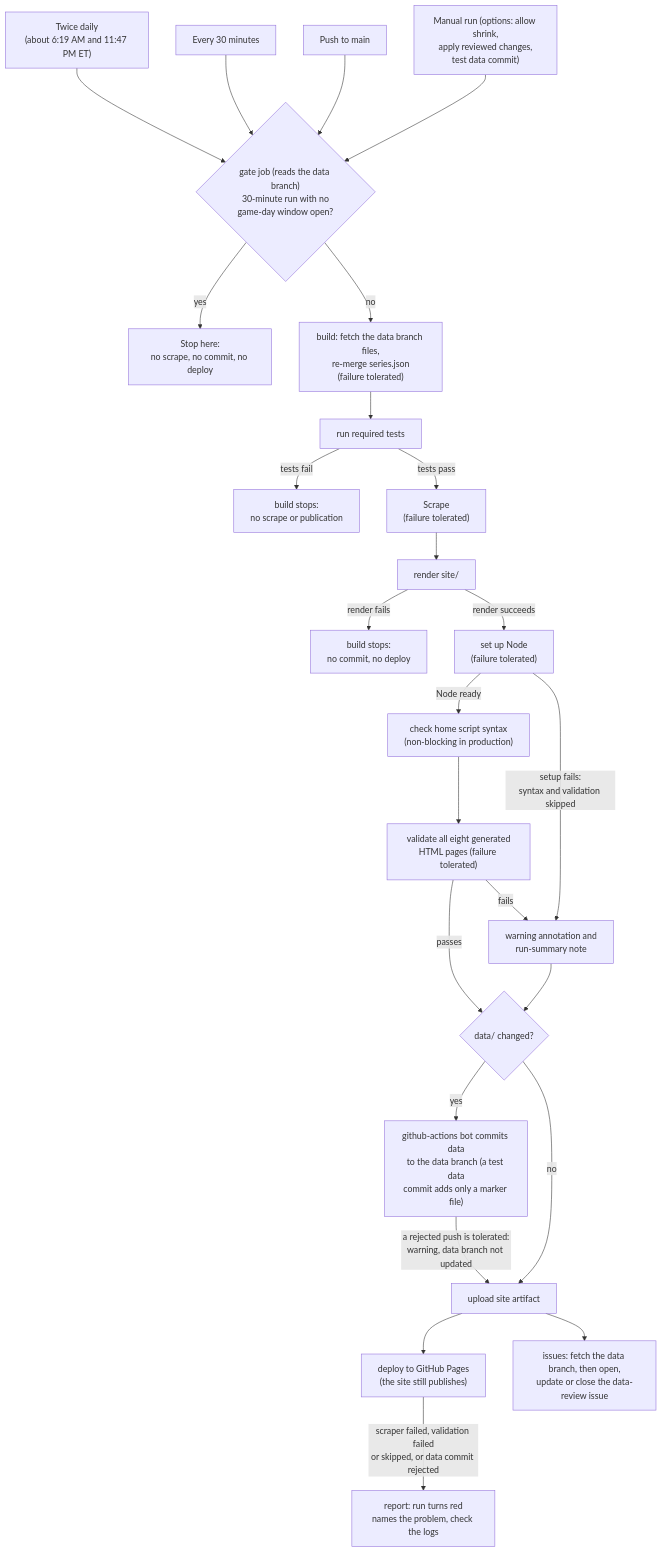
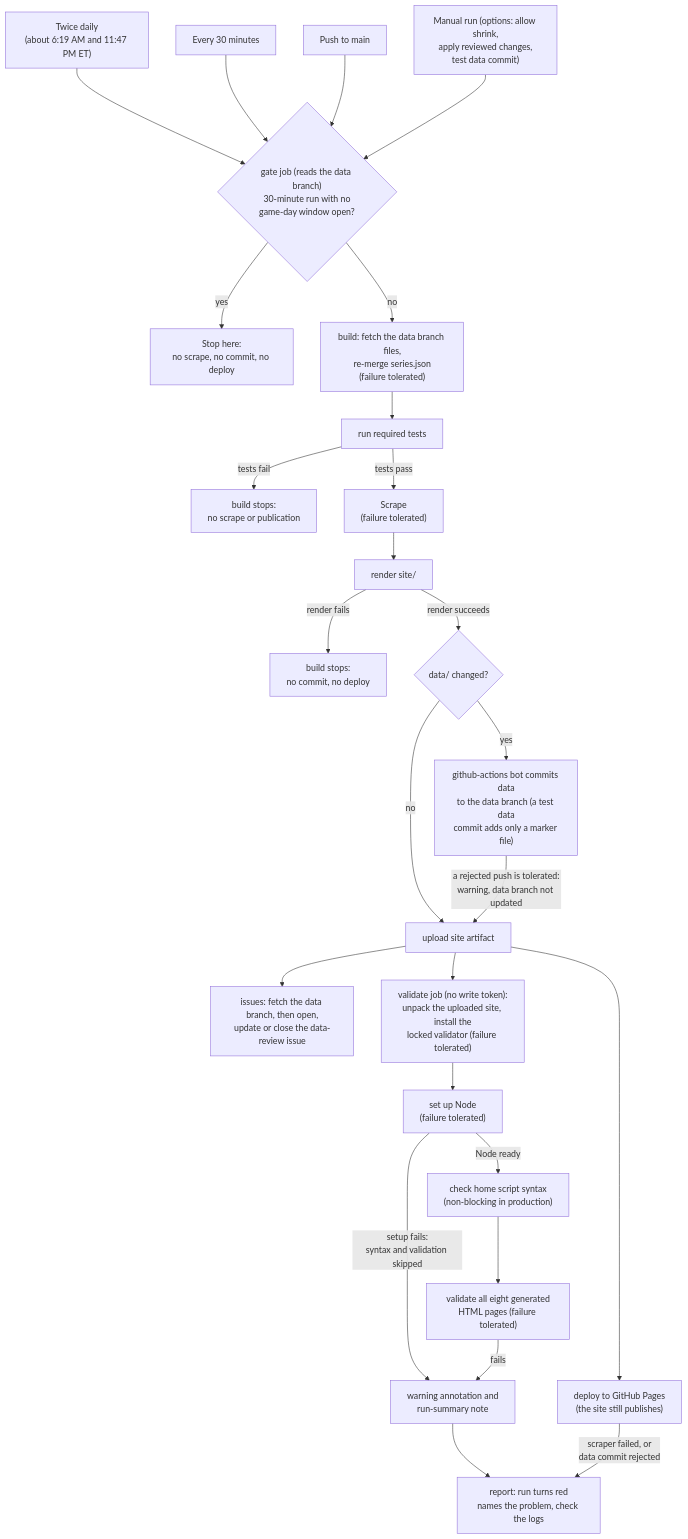
The second of 3 diagrams in README.md (jacksonmote/DePauw-vs-Wabash-web), drawn with Mermaid before and after one commit. The commit also changed other lines of this file and 10 other files, not shown here.

````diff
--- a/README.md
+++ b/README.md
@@ -213,28 +213,29 @@
 ```mermaid
 flowchart TD
   T1["Twice daily<br/>(about 6:19 AM and 11:47 PM ET)"] --> G
   T2["Every 30 minutes"] --> G
   T3["Push to main"] --> G
   T4["Manual run (options: allow shrink,<br/>apply reviewed changes,<br/>test data commit)"] --> G
   G{"gate job (reads the data branch)<br/>30-minute run with no<br/>game-day window open?"}
   G -- "yes" --> X["Stop here:<br/>no scrape, no commit, no deploy"]
   G -- "no" --> F["build: fetch the data branch files,<br/>re-merge series.json<br/>(failure tolerated)"]
   F --> B["run required tests"]
   B -- "tests fail" --> TF["build stops:<br/>no scrape or publication"]
   B -- "tests pass" --> S["Scrape<br/>(failure tolerated)"]
   S --> R["render site/"]
   R -- "render fails" --> RF["build stops:<br/>no commit, no deploy"]
-  R -- "render succeeds" --> N["set up Node<br/>(failure tolerated)"]
-  N -- "Node ready" --> JS["check home script syntax<br/>(non-blocking in production)"]
-  JS --> V["validate all eight generated<br/>HTML pages (failure tolerated)"]
-  N -- "setup fails:<br/>syntax and validation skipped" --> W
-  V -- "passes" --> C
-  V -- "fails" --> W["warning annotation and<br/>run-summary note"]
-  W --> C{"data/ changed?"}
+  R -- "render succeeds" --> C{"data/ changed?"}
   C -- "yes" --> CM["github-actions bot commits data<br/>to the data branch (a test data<br/>commit adds only a marker file)"]
   C -- "no" --> U
   CM -- "a rejected push is tolerated:<br/>warning, data branch not updated" --> U["upload site artifact"]
   U --> D["deploy to GitHub Pages<br/>(the site still publishes)"]
   U --> IS["issues: fetch the data branch, then open,<br/>update or close the data-review issue"]
-  D -- "scraper failed, validation failed<br/>or skipped, or data commit rejected" --> RP["report: run turns red<br/>names the problem, check the logs"]
+  U --> VJ["validate job (no write token):<br/>unpack the uploaded site, install the<br/>locked validator (failure tolerated)"]
+  VJ --> N["set up Node<br/>(failure tolerated)"]
+  N -- "Node ready" --> JS["check home script syntax<br/>(non-blocking in production)"]
+  JS --> V["validate all eight generated<br/>HTML pages (failure tolerated)"]
+  N -- "setup fails:<br/>syntax and validation skipped" --> W["warning annotation and<br/>run-summary note"]
+  V -- "fails" --> W
+  W --> RP
+  D -- "scraper failed, or<br/>data commit rejected" --> RP["report: run turns red<br/>names the problem, check the logs"]
 ```
````
